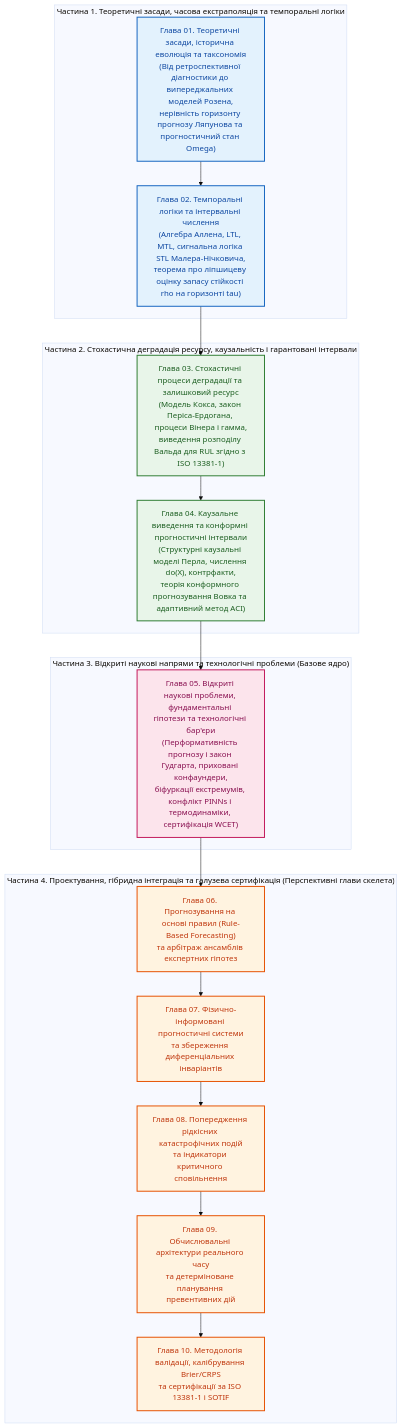
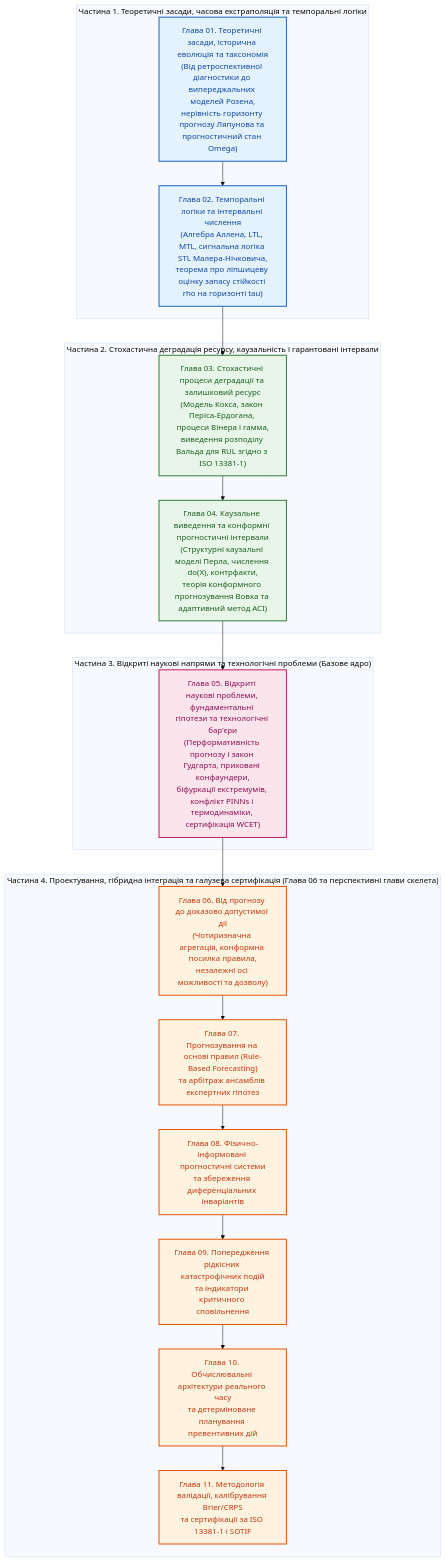
The diagram in Prediction_Expert_Systems/README.md (nick-fedchik/articles), drawn with Mermaid (base theme) before and after one commit. The commit also changed other lines of this file and 3 other files, not shown here.

````diff
--- a/Prediction_Expert_Systems/README.md
+++ b/Prediction_Expert_Systems/README.md
@@ -47,39 +47,40 @@
 ```mermaid
 flowchart TD
     accTitle: Рисунок 1. Структурно-логічна схема монографії за принципом дидактичної послідовності
-    accDescr: Діаграма відображає ієрархічний розвиток матеріалу від Частини 1 (Теоретичні основи та темпоральна логіка, Глави 01-02) через Частину 2 (Стохастична деградація та каузально-конформне прогнозування, Глави 03-04) і Частину 3 (Відкриті наукові проблеми та технологічні бар'єри, Глава 05) до перспективних глав Частини 4 (Глави 06-10).
+    accDescr: Діаграма відображає ієрархічний розвиток матеріалу від Частини 1 (Теоретичні основи та темпоральна логіка, Глави 01-02) через Частину 2 (Стохастична деградація та каузально-конформне прогнозування, Глави 03-04) і Частину 3 (Відкриті наукові проблеми та технологічні бар'єри, Глава 05) до Частини 4: Глави 06 про доказово допустиму дію та перспективних глав 07-11.
 
     subgraph Part1 ["Частина 1. Теоретичні засади, часова екстраполяція та темпоральні логіки"]
         Ch01["Глава 01. Теоретичні засади, історична еволюція та таксономія\n(Від ретроспективної діагностики до випереджальних моделей Розена,\nнерівність горизонту прогнозу Ляпунова та прогностичний стан Omega)"]
         Ch02["Глава 02. Темпоральні логіки та інтервальні числення\n(Алгебра Аллена, LTL, MTL, сигнальна логіка STL Малера-Нічковича,\nтеорема про ліпшицеву оцінку запасу стійкості rho на горизонті tau)"]
     end
 
     subgraph Part2 ["Частина 2. Стохастична деградація ресурсу, каузальність і гарантовані інтервали"]
         Ch03["Глава 03. Стохастичні процеси деградації та залишковий ресурс\n(Модель Кокса, закон Періса-Ердогана, процеси Вінера і гамма,\nвиведення розподілу Вальда для RUL згідно з ISO 13381-1)"]
         Ch04["Глава 04. Каузальне виведення та конформні прогностичні інтервали\n(Структурні каузальні моделі Перла, числення do(X), контрфакти,\nтеорія конформного прогнозування Вовка та адаптивний метод ACI)"]
     end
 
     subgraph Part3 ["Частина 3. Відкриті наукові напрями та технологічні проблеми (Базове ядро)"]
         Ch05["Глава 05. Відкриті наукові проблеми, фундаментальні гіпотези та технологічні бар'єри\n(Перформативність прогнозу і закон Гудгарта, приховані конфаундери,\nбіфуркації екстремумів, конфлікт PINNs і термодинаміки, сертифікація WCET)"]
     end
 
-    subgraph Part4 ["Частина 4. Проектування, гібридна інтеграція та галузева сертифікація (Перспективні глави скелета)"]
-        Ch06["Глава 06. Прогнозування на основі правил (Rule-Based Forecasting)\nта арбітраж ансамблів експертних гіпотез"]
-        Ch07["Глава 07. Фізично-інформовані прогностичні системи\nта збереження диференціальних інваріантів"]
-        Ch08["Глава 08. Попередження рідкісних катастрофічних подій\nта індикатори критичного сповільнення"]
-        Ch09["Глава 09. Обчислювальні архітектури реального часу\nта детерміноване планування превентивних дій"]
-        Ch10["Глава 10. Методологія валідації, калібрування Brier/CRPS\nта сертифікації за ISO 13381-1 і SOTIF"]
+    subgraph Part4 ["Частина 4. Проектування, гібридна інтеграція та галузева сертифікація (Глава 06 та перспективні глави скелета)"]
+        Ch06["Глава 06. Від прогнозу до доказово допустимої дії\n(Чотиризначна агрегація, конформна посилка правила,\nнезалежні осі можливості та дозволу)"]
+        Ch07["Глава 07. Прогнозування на основі правил (Rule-Based Forecasting)\nта арбітраж ансамблів експертних гіпотез"]
+        Ch08["Глава 08. Фізично-інформовані прогностичні системи\nта збереження диференціальних інваріантів"]
+        Ch09["Глава 09. Попередження рідкісних катастрофічних подій\nта індикатори критичного сповільнення"]
+        Ch10["Глава 10. Обчислювальні архітектури реального часу\nта детерміноване планування превентивних дій"]
+        Ch11["Глава 11. Методологія валідації, калібрування Brier/CRPS\nта сертифікації за ISO 13381-1 і SOTIF"]
     end
 
-    Ch01 --> Ch02 --> Ch03 --> Ch04 --> Ch05 --> Ch06 --> Ch07 --> Ch08 --> Ch09 --> Ch10
+    Ch01 --> Ch02 --> Ch03 --> Ch04 --> Ch05 --> Ch06 --> Ch07 --> Ch08 --> Ch09 --> Ch10 --> Ch11
 
     classDef p1 fill:#e3f2fd,stroke:#1565c0,stroke-width:2px,color:#0d47a1;
     classDef p2 fill:#e8f5e9,stroke:#2e7d32,stroke-width:2px,color:#1b5e20;
     classDef p3 fill:#fce4ec,stroke:#c2185b,stroke-width:2px,color:#880e4f;
     classDef p4 fill:#fff3e0,stroke:#e65100,stroke-width:2px,color:#bf360c;
 
     class Ch01,Ch02 p1;
     class Ch03,Ch04 p2;
     class Ch05 p3;
-    class Ch06,Ch07,Ch08,Ch09,Ch10 p4;
+    class Ch06,Ch07,Ch08,Ch09,Ch10,Ch11 p4;
 ```
````
